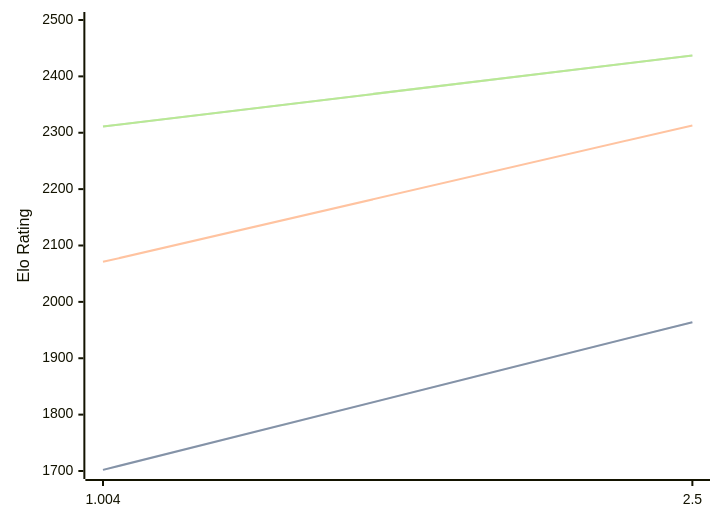
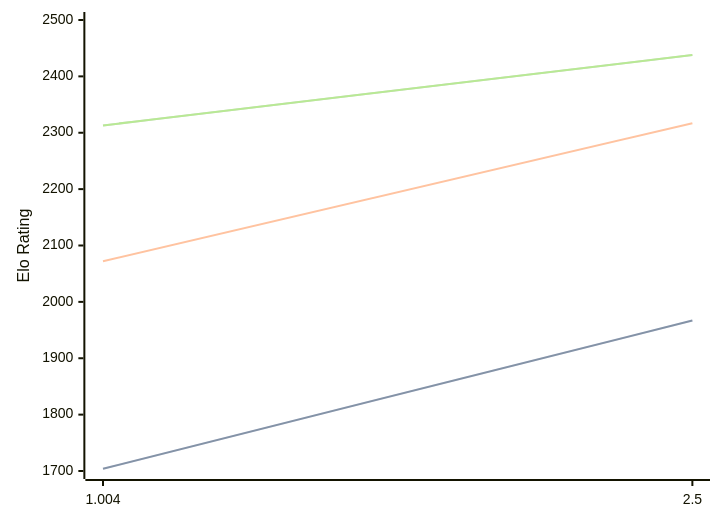
One commit to computer-chess-index/cci changed the diagram in engines/Ares.md. Above: the diagram before and after it, drawn with Mermaid. The commit also changed other lines of this file, not shown here.

Commit message:
Update CCI Ratings (ELO VLTC) - 2026-08-22

````diff
--- a/engines/Ares.md
+++ b/engines/Ares.md
@@ -32,11 +32,11 @@
 ```mermaid
 %%{init: {"theme":"base","themeVariables":{"seriesColors:['#a3a3a3','#222221','#faa371']}}}%%
 xychart-beta
   x-axis ["1.004", "2.5"]
   y-axis "Elo Rating" 1700 --> 2500
-  line "STC (8.0+0.08s)" [1702, 1964]
-  line "STC (8.0+0.08s)" [1702, 1964]
-  line "LTC (60.0+0.60s)" [2071, 2313]
-  line "VLTC (2m24s+1.12s)" [2311, 2437]
-  line "VLTC (2m24s+1.12s)" [2311, 2437]
+  line "STC (8.0+0.08s)" [1704, 1967]
+  line "STC (8.0+0.08s)" [1704, 1967]
+  line "LTC (60.0+0.60s)" [2072, 2317]
+  line "VLTC (2m24s+1.12s)" [2313, 2438]
+  line "VLTC (2m24s+1.12s)" [2313, 2438]
 ```
````
